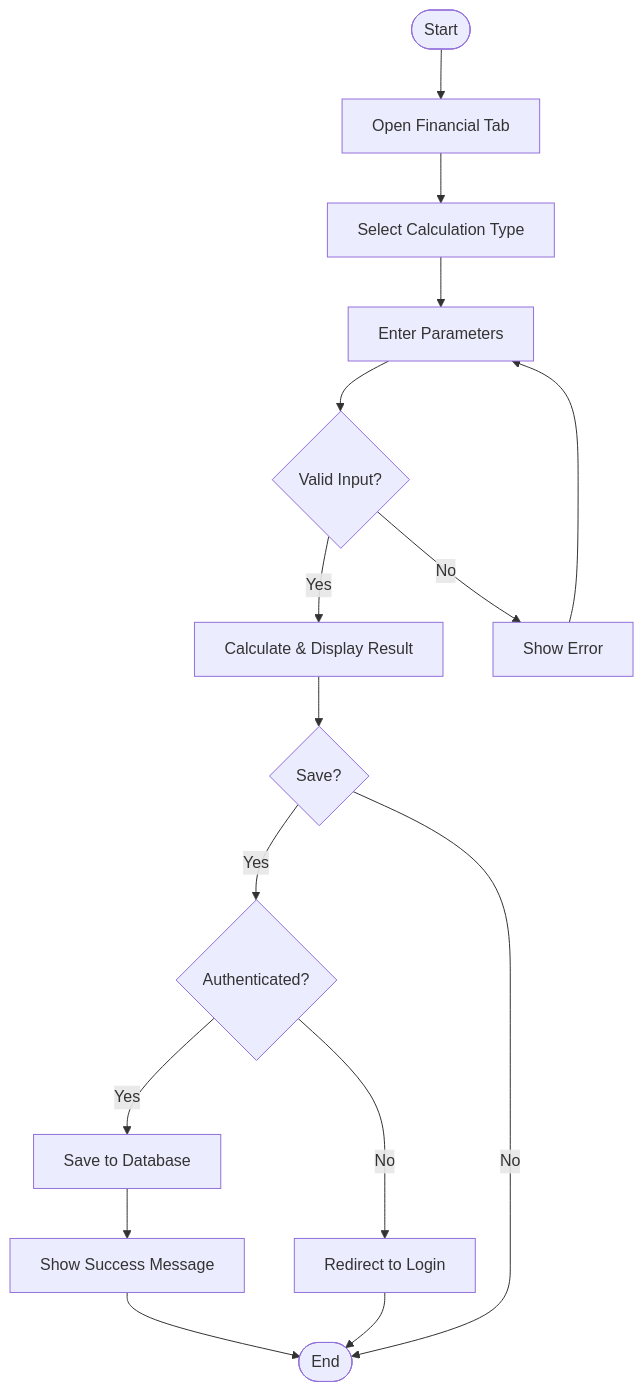
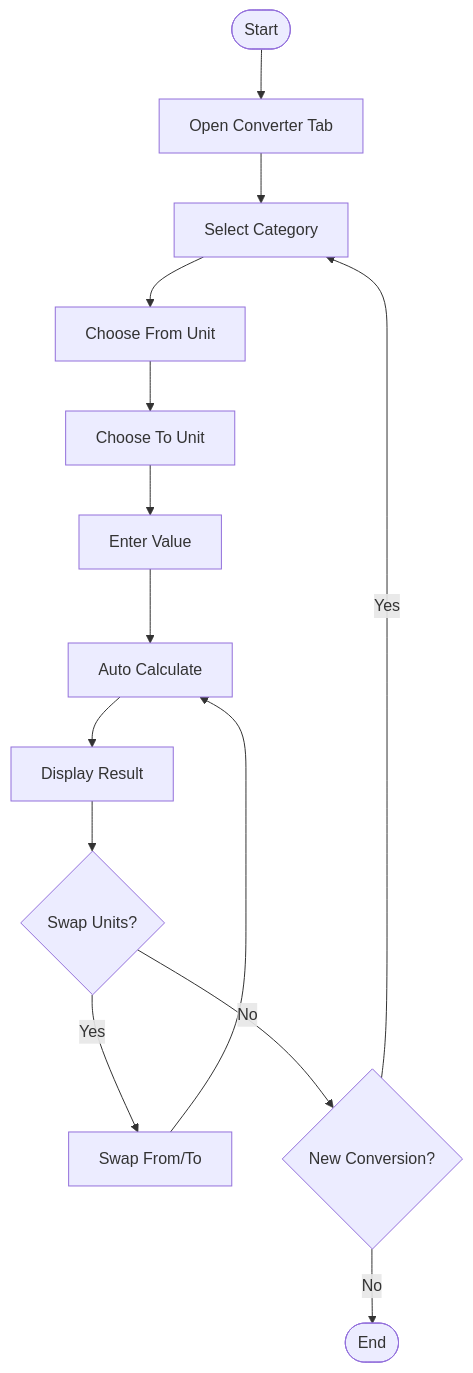
One commit to falcon-ioi/Caclcon changed the fourth of 9 diagrams in README.md. Above: the diagram before and after it, drawn with Mermaid. The commit also changed other lines of this file, not shown here.

Commit message:
Docs: Add comprehensive Activity Diagrams for all features

````diff
--- a/README.md
+++ b/README.md
@@ -108,22 +166,18 @@
 ```mermaid
 flowchart TD
-    A([Start]) --> B[Open Financial Tab]
-    B --> C[Select Calculation Type]
-    C --> D[Enter Parameters]
-    D --> E{Valid Input?}
+    A([Start]) --> B[Open Converter Tab]
+    B --> C[Select Category]
+    C --> D[Choose From Unit]
+    D --> E[Choose To Unit]
+    E --> F[Enter Value]
+    F --> G[Auto Calculate]
+    G --> H[Display Result]
+    H --> I{Swap Units?}
     
-    E -->|Yes| F[Calculate & Display Result]
-    F --> G{Save?}
+    I -->|Yes| J[Swap From/To]
+    J --> G
     
-    G -->|Yes| H{Authenticated?}
-    H -->|Yes| I[Save to Database]
-    I --> J[Show Success Message]
-    J --> K([End])
-    
-    H -->|No| L[Redirect to Login]
-    L --> K
-    
-    G -->|No| K
-    E -->|No| M[Show Error]
-    M --> D
+    I -->|No| K{New Conversion?}
+    K -->|Yes| C
+    K -->|No| L([End])
 ```
````
